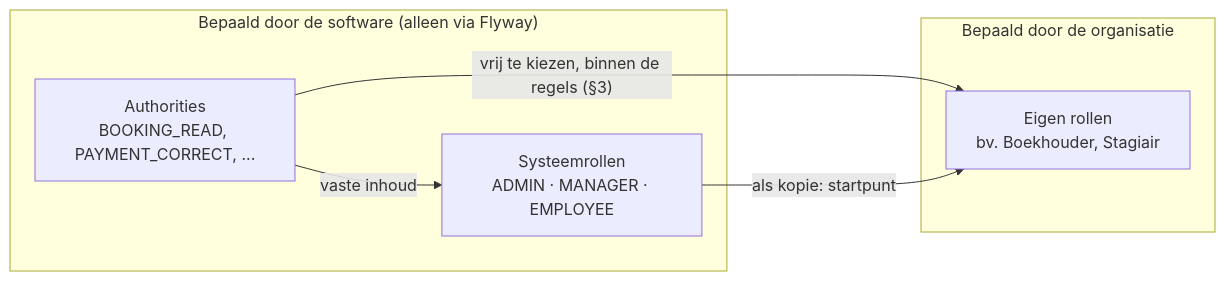
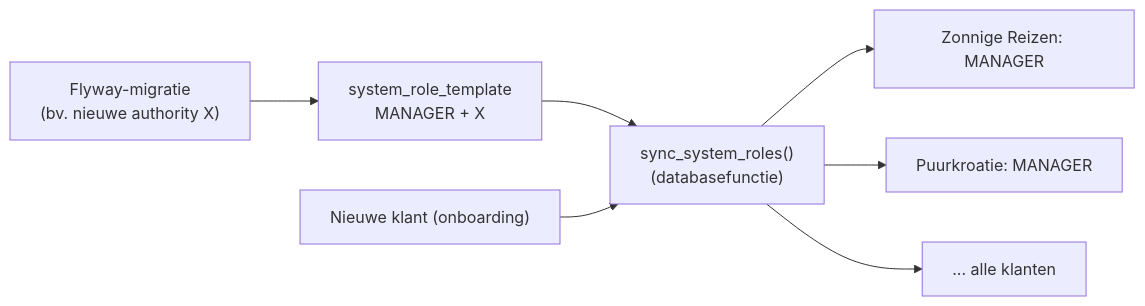
The third of 12 diagrams in docs/voorstel-eigen-rollen.md (kbosma/rds), drawn with Mermaid before and after one commit. The commit also changed other lines of this file and 1 other file, not shown here.

Commit message:
docs: voorstel eigen rollen met platformorganisatie, rollen per organisatie (kopieën van systeemrollen), naamgeving en auditvelden

````diff
--- a/docs/voorstel-eigen-rollen.md
+++ b/docs/voorstel-eigen-rollen.md
@@ -67,13 +156,9 @@
 ```mermaid
 flowchart LR
-    subgraph Software["Bepaald door de software (alleen via Flyway)"]
-        A["Authorities<br/>BOOKING_READ, PAYMENT_CORRECT, ..."]
-        S["Systeemrollen<br/>ADMIN · MANAGER · EMPLOYEE"]
-    end
-    subgraph Org["Bepaald door de organisatie"]
-        E["Eigen rollen<br/>bv. Boekhouder, Stagiair"]
-    end
-    A -->|vaste inhoud| S
-    A -->|"vrij te kiezen, binnen de regels (§3)"| E
-    S -->|"als kopie: startpunt"| E
+    F["Flyway-migratie<br/>(bv. nieuwe authority X)"] --> T["system_role_template<br/>MANAGER + X"]
+    T --> S["sync_system_roles()<br/>(databasefunctie)"]
+    S --> R1["Zonnige Reizen: MANAGER"]
+    S --> R2["Puurkroatie: MANAGER"]
+    S --> R3["... alle klanten"]
+    O["Nieuwe klant (onboarding)"] --> S
 ```
````
